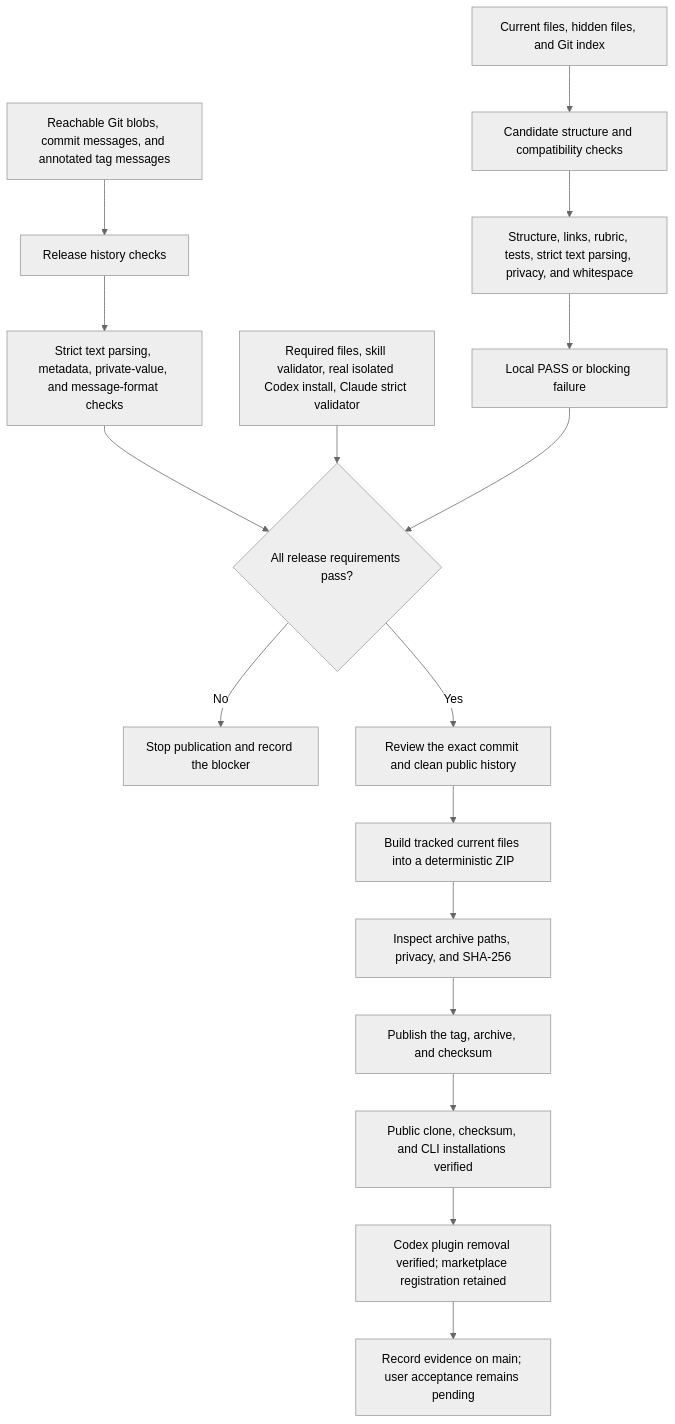
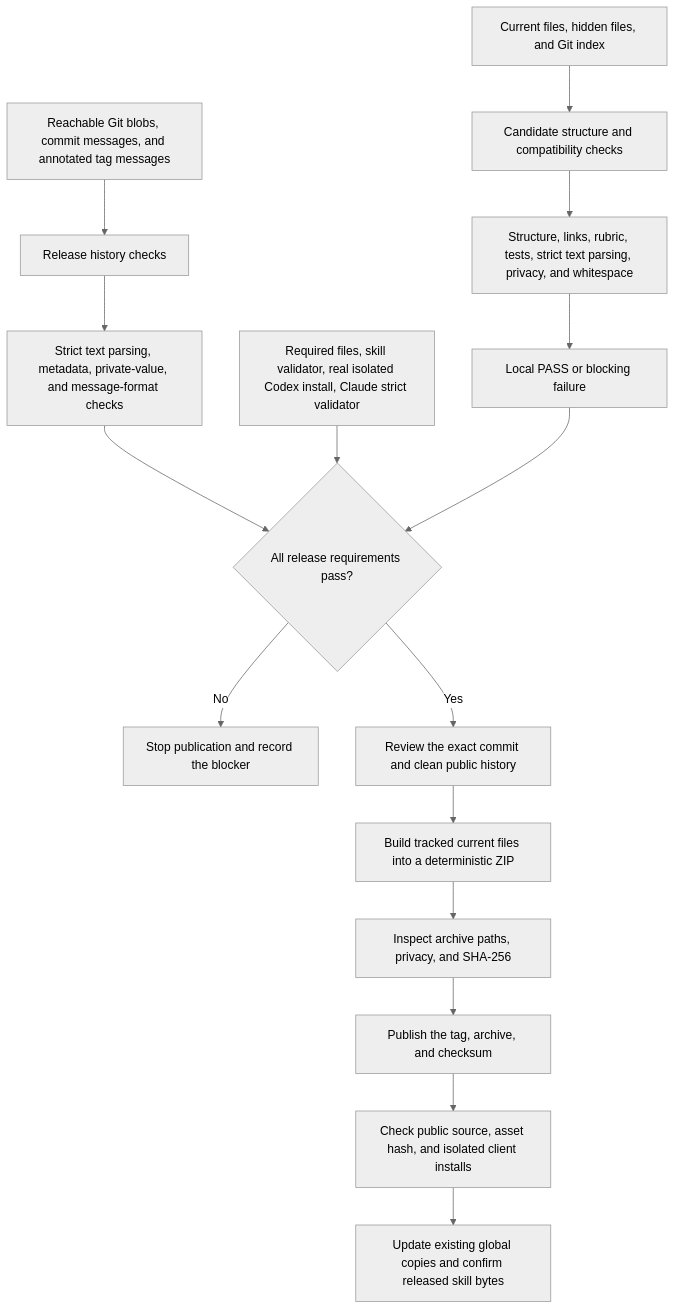
The third of 4 diagrams in HOW_IT_WORKS.md (joevilcai666/writing-doc-skill), drawn with Mermaid (neutral theme) before and after one commit. The commit also changed other lines of this file and 14 other files, not shown here.

````diff
--- a/HOW_IT_WORKS.md
+++ b/HOW_IT_WORKS.md
@@ -152,19 +149,18 @@
 ```mermaid
 flowchart TD
     A["Current files, hidden files, and Git index"] --> B["Candidate structure and compatibility checks"]
     C["Reachable Git blobs, commit messages, and annotated tag messages"] --> D["Release history checks"]
     B --> E["Structure, links, rubric, tests, strict text parsing, privacy, and whitespace"]
     D --> F["Strict text parsing, metadata, private-value, and message-format checks"]
     E --> G["Local PASS or blocking failure"]
     F --> H{"All release requirements pass?"}
     I["Required files, skill validator, real isolated Codex install, Claude strict validator"] --> H
     G --> H
     H -->|"No"| J["Stop publication and record the blocker"]
     H -->|"Yes"| K["Review the exact commit and clean public history"]
     K --> O["Build tracked current files into a deterministic ZIP"]
     O --> P["Inspect archive paths, privacy, and SHA-256"]
     P --> L["Publish the tag, archive, and checksum"]
-    L --> M["Public clone, checksum, and CLI installations verified"]
-    M --> R["Codex plugin removal verified; marketplace registration retained"]
-    R --> N["Record evidence on main; user acceptance remains pending"]
+    L --> M["Check public source, asset hash, and isolated client installs"]
+    M --> N["Update existing global copies and confirm released skill bytes"]
 ```
````
